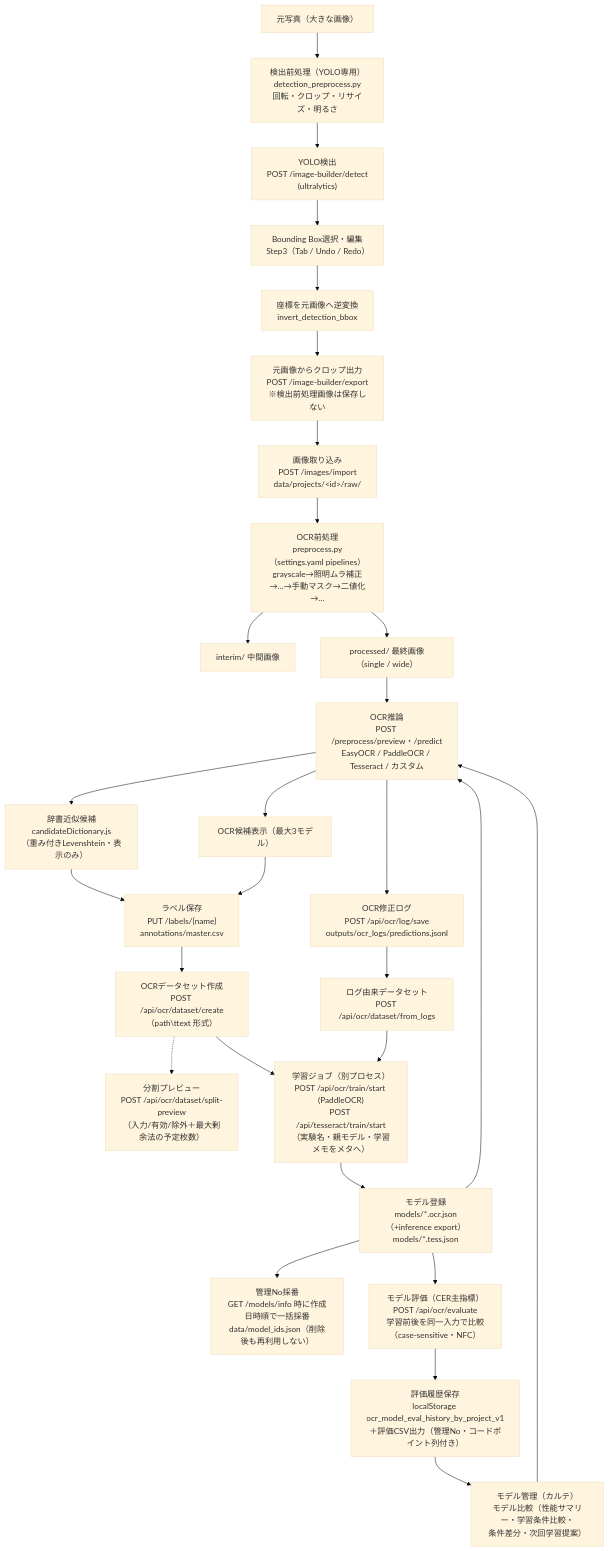
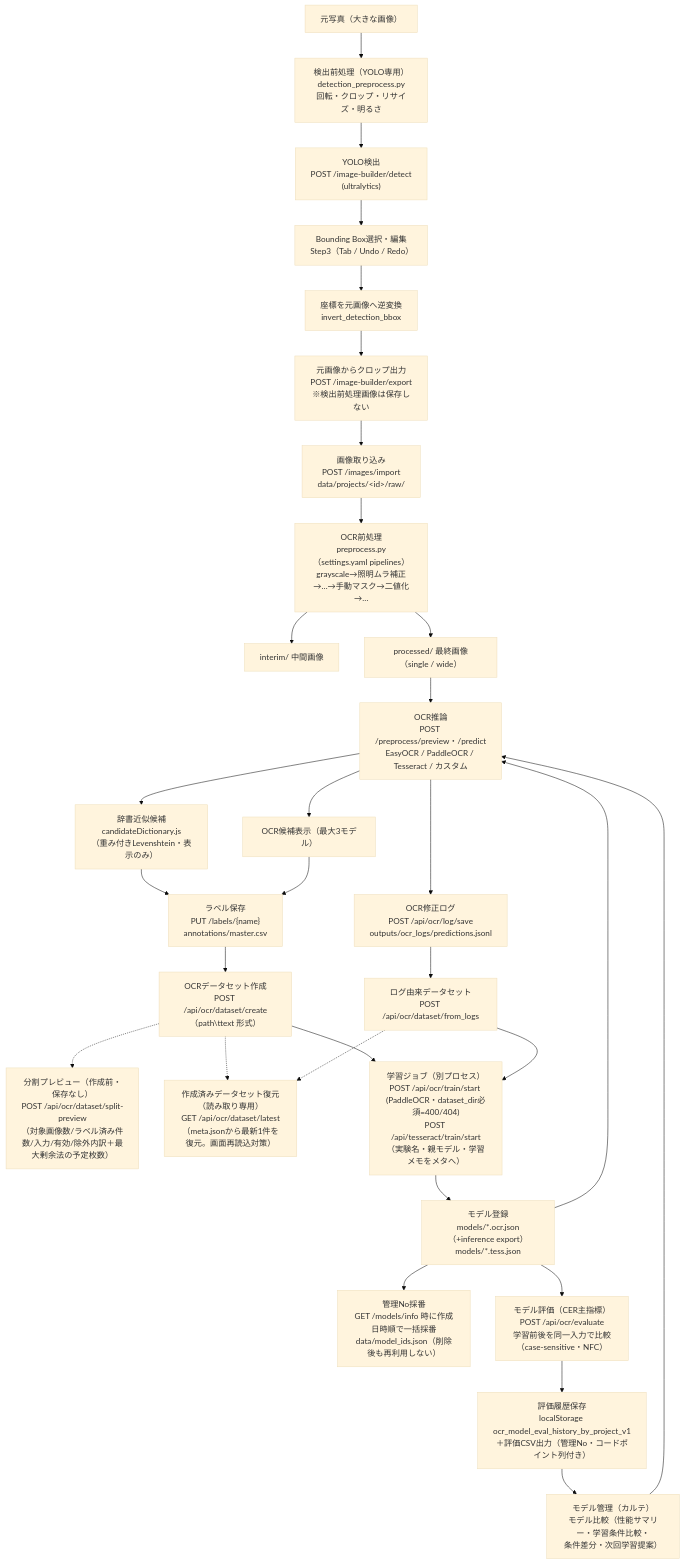
Before and after one commit to bs-shashimoto2048/OCR_Crafter: the first of 2 diagrams in docs/17_DATAFLOW.md, drawn with Mermaid (base theme). The commit also changed 13 other files, not shown here.

````diff
--- a/docs/17_DATAFLOW.md
+++ b/docs/17_DATAFLOW.md
@@ -7,33 +7,35 @@
 ```mermaid
 flowchart TD
     PHOTO["元写真（大きな画像）"] --> DPP["検出前処理（YOLO専用）<br/>detection_preprocess.py<br/>回転・クロップ・リサイズ・明るさ"]
     DPP --> YOLO["YOLO検出<br/>POST /image-builder/detect<br/>(ultralytics)"]
     YOLO --> BBOX["Bounding Box選択・編集<br/>Step3（Tab / Undo / Redo）"]
     BBOX --> INV["座標を元画像へ逆変換<br/>invert_detection_bbox"]
     INV --> CROP["元画像からクロップ出力<br/>POST /image-builder/export<br/>※検出前処理画像は保存しない"]
 
     CROP --> IMPORT["画像取り込み<br/>POST /images/import<br/>data/projects/&lt;id&gt;/raw/"]
     IMPORT --> OPP["OCR前処理<br/>preprocess.py（settings.yaml pipelines）<br/>grayscale→照明ムラ補正→…→手動マスク→二値化→…"]
     OPP --> INTERIM["interim/ 中間画像"]
     OPP --> PROC["processed/ 最終画像（single / wide）"]
 
     PROC --> OCR["OCR推論<br/>POST /preprocess/preview・/predict<br/>EasyOCR / PaddleOCR / Tesseract / カスタム"]
     OCR --> DICT["辞書近似候補<br/>candidateDictionary.js<br/>（重み付きLevenshtein・表示のみ）"]
     OCR --> CAND["OCR候補表示（最大3モデル）"]
     DICT --> LABEL
     CAND --> LABEL["ラベル保存<br/>PUT /labels/{name}<br/>annotations/master.csv"]
 
     LABEL --> DS["OCRデータセット作成<br/>POST /api/ocr/dataset/create<br/>（path\ttext 形式）"]
     FIX["OCR修正ログ<br/>POST /api/ocr/log/save<br/>outputs/ocr_logs/predictions.jsonl"] --> DS2["ログ由来データセット<br/>POST /api/ocr/dataset/from_logs"]
     OCR --> FIX
-    DS -.-> SPLITP["分割プレビュー<br/>POST /api/ocr/dataset/split-preview<br/>（入力/有効/除外＋最大剰余法の予定枚数）"]
-    DS --> TRAIN["学習ジョブ（別プロセス）<br/>POST /api/ocr/train/start (PaddleOCR)<br/>POST /api/tesseract/train/start<br/>（実験名・親モデル・学習メモをメタへ）"]
+    DS -.-> SPLITP["分割プレビュー（作成前・保存なし）<br/>POST /api/ocr/dataset/split-preview<br/>（対象画像数/ラベル済み件数/入力/有効/除外内訳＋最大剰余法の予定枚数）"]
+    DS -.-> DSLATEST["作成済みデータセット復元（読み取り専用）<br/>GET /api/ocr/dataset/latest<br/>（meta.jsonから最新1件を復元。画面再読込対策）"]
+    DS2 -.-> DSLATEST
+    DS --> TRAIN["学習ジョブ（別プロセス）<br/>POST /api/ocr/train/start (PaddleOCR・dataset_dir必須=400/404)<br/>POST /api/tesseract/train/start<br/>（実験名・親モデル・学習メモをメタへ）"]
     DS2 --> TRAIN
     TRAIN --> MODEL["モデル登録<br/>models/*.ocr.json（+inference export）<br/>models/*.tess.json"]
     MODEL --> MID2["管理No採番<br/>GET /models/info 時に作成日時順で一括採番<br/>data/model_ids.json（削除後も再利用しない）"]
     MODEL --> OCR
     MODEL --> EVAL["モデル評価（CER主指標）<br/>POST /api/ocr/evaluate<br/>学習前後を同一入力で比較（case-sensitive・NFC）"]
     EVAL --> HIST["評価履歴保存<br/>localStorage ocr_model_eval_history_by_project_v1<br/>＋評価CSV出力（管理No・コードポイント列付き）"]
     HIST --> MGMT["モデル管理（カルテ）<br/>モデル比較（性能サマリー・学習条件比較・<br/>条件差分・次回学習提案）"]
     MGMT --> OCR
 ```
````
